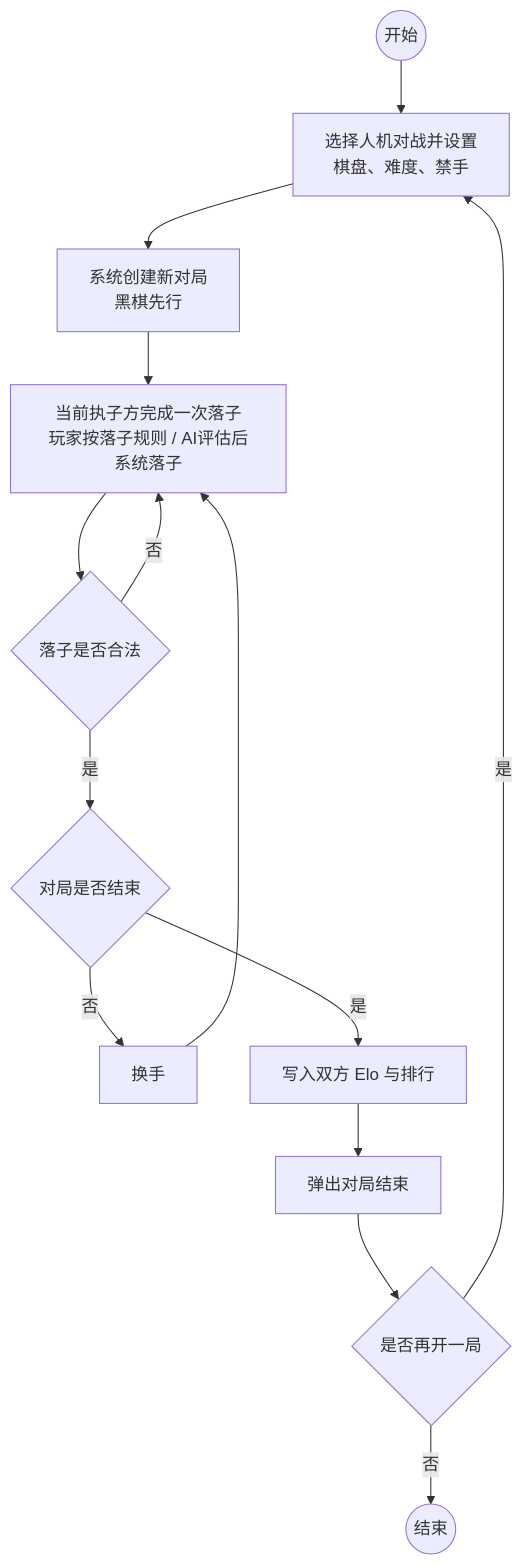
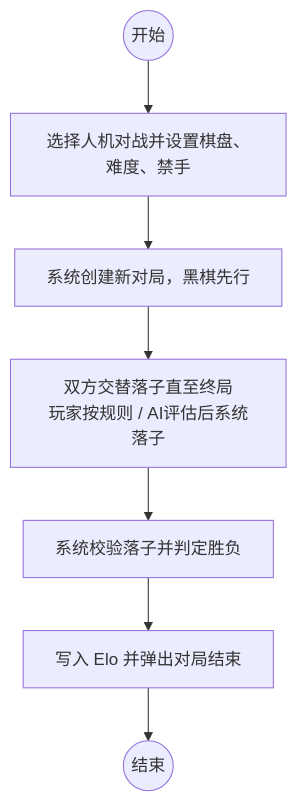
The diagram in docs/images/flow2-pve.mmd (HYL926HHH/-), drawn with Mermaid before and after one commit. The commit also changed 5 other files, not shown here.

First line of the commit message:
Simplify the PVE diagram to one linear business.

```diff
--- a/docs/images/flow2-pve.mmd
+++ b/docs/images/flow2-pve.mmd
@@ -1,14 +1,7 @@
 flowchart TD
-    start2((开始)) --> set[选择人机对战并设置<br/>棋盘、难度、禁手]
-    set --> newg[系统创建新对局<br/>黑棋先行]
-    newg --> place[当前执子方完成一次落子<br/>玩家按落子规则 / AI评估后系统落子]
-    place --> ok{落子是否合法}
-    ok -->|否| place
-    ok -->|是| ended{对局是否结束}
-    ended -->|否| swap[换手]
-    swap --> place
-    ended -->|是| elo[写入双方 Elo 与排行]
-    elo --> dlg[弹出对局结束]
-    dlg --> again{是否再开一局}
-    again -->|是| set
-    again -->|否| stop((结束))
+    start2((开始)) --> set[选择人机对战并设置棋盘、难度、禁手]
+    set --> newg[系统创建新对局，黑棋先行]
+    newg --> play[双方交替落子直至终局<br/>玩家按规则 / AI评估后系统落子]
+    play --> judge[系统校验落子并判定胜负]
+    judge --> close[写入 Elo 并弹出对局结束]
+    close --> stop((结束))
```
